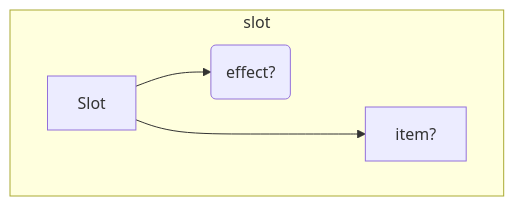
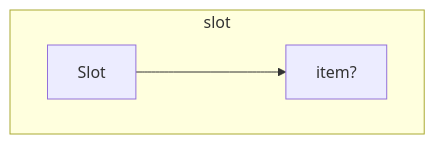
One commit to UntitledModGame/umg-mods changed the fourth of 4 diagrams in lootplot/ARCHITECTURE.md. Above: the diagram before and after it, drawn with Mermaid. The commit also changed 4 other files, not shown here.

````diff
--- a/lootplot/ARCHITECTURE.md
+++ b/lootplot/ARCHITECTURE.md
@@ -102,8 +102,7 @@
 ```mermaid
 
 graph TD
     subgraph slot
-        Slot --> a(effect?)
         Slot ---> b[item?]
     end
 ```
````
